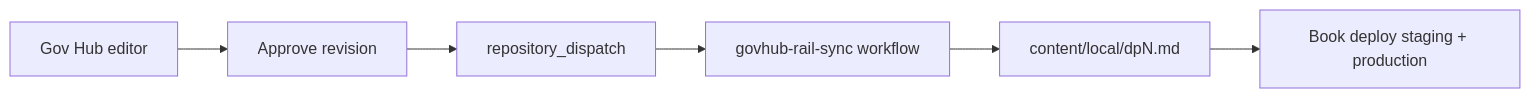
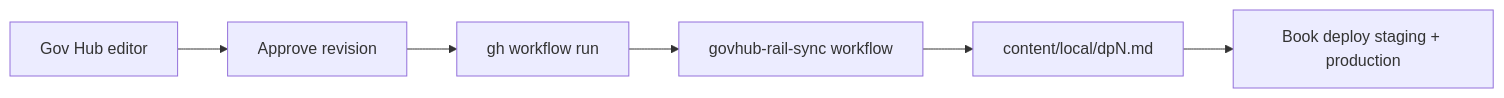
The diagram in docs/GOVHUB-RAIL-SYNC.md (shiftshapr/desirable-properties), drawn with Mermaid before and after one commit. The commit also changed other lines of this file, not shown here.

Commit message:
docs: rail sync dispatch uses gh auth, not PAT

````diff
--- a/docs/GOVHUB-RAIL-SYNC.md
+++ b/docs/GOVHUB-RAIL-SYNC.md
@@ -203,8 +210,8 @@
 ```mermaid
 flowchart LR
   A[Gov Hub editor] --> B[Approve revision]
-  B --> C[repository_dispatch]
+  B --> C[gh workflow run]
   C --> D[govhub-rail-sync workflow]
   D --> E[content/local/dpN.md]
   E --> F[Book deploy staging + production]
 ```
````
